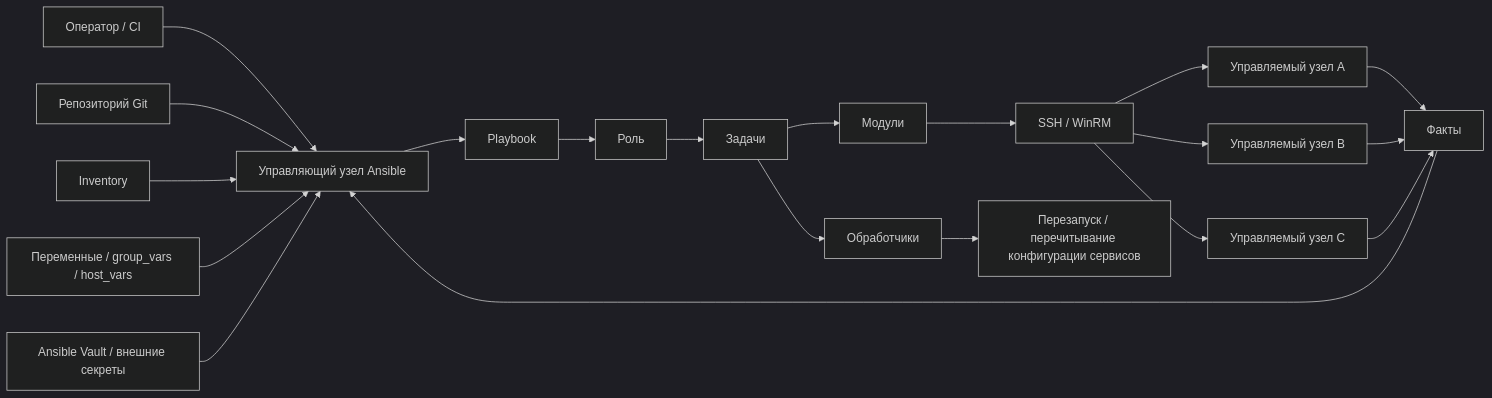
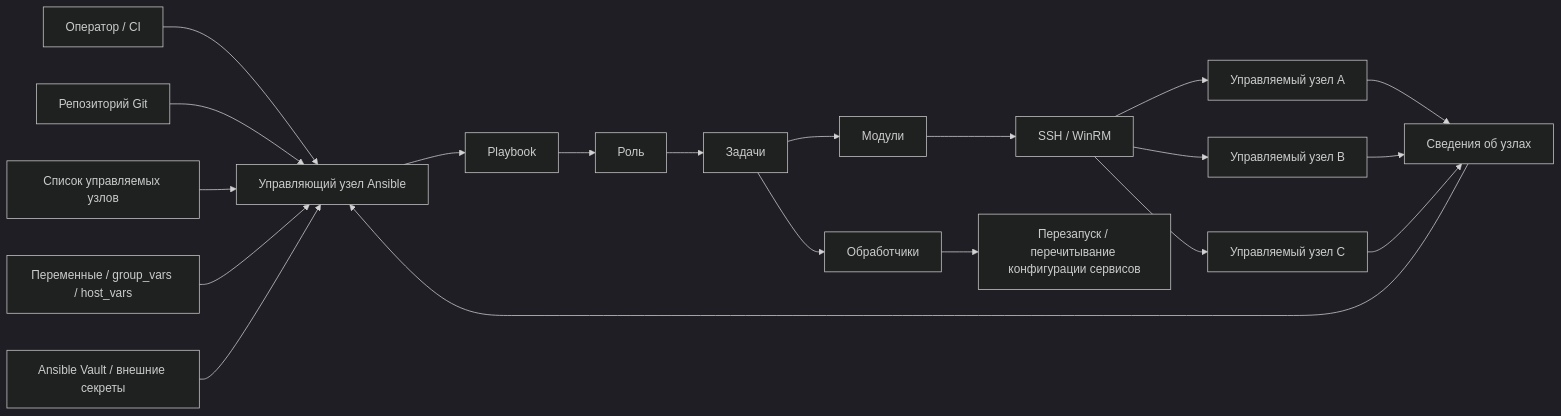
Before and after one commit to defrixx/defrixx.github.io: diagram 13 of 17 in reference/infrastructure-technologies/infrastructure-technologies.ru.md, drawn with Mermaid (dark theme). The commit also changed other lines of this file and 149 other files, not shown here.

````diff
--- a/reference/infrastructure-technologies/infrastructure-technologies.ru.md
+++ b/reference/infrastructure-technologies/infrastructure-technologies.ru.md
@@ -803,26 +995,26 @@
 ```mermaid
 flowchart LR
   Operator["Оператор / CI"] --> Control["Управляющий узел Ansible"]
   Git["Репозиторий Git"] --> Control
-  Inventory["Inventory"] --> Control
+  Inventory["Список управляемых узлов"] --> Control
   Vars["Переменные / group_vars / host_vars"] --> Control
   VaultVars["Ansible Vault / внешние секреты"] --> Control
 
   Control --> Playbook["Playbook"]
   Playbook --> Role["Роль"]
   Role --> Tasks["Задачи"]
   Tasks --> Modules["Модули"]
   Modules --> SSH["SSH / WinRM"]
 
   SSH --> HostA["Управляемый узел A"]
   SSH --> HostB["Управляемый узел B"]
   SSH --> HostC["Управляемый узел C"]
 
-  HostA --> Facts["Факты"]
+  HostA --> Facts["Сведения об узлах"]
   HostB --> Facts
   HostC --> Facts
   Facts --> Control
 
   Tasks --> Handlers["Обработчики"]
   Handlers --> Restart["Перезапуск / перечитывание конфигурации сервисов"]
 ```
````
